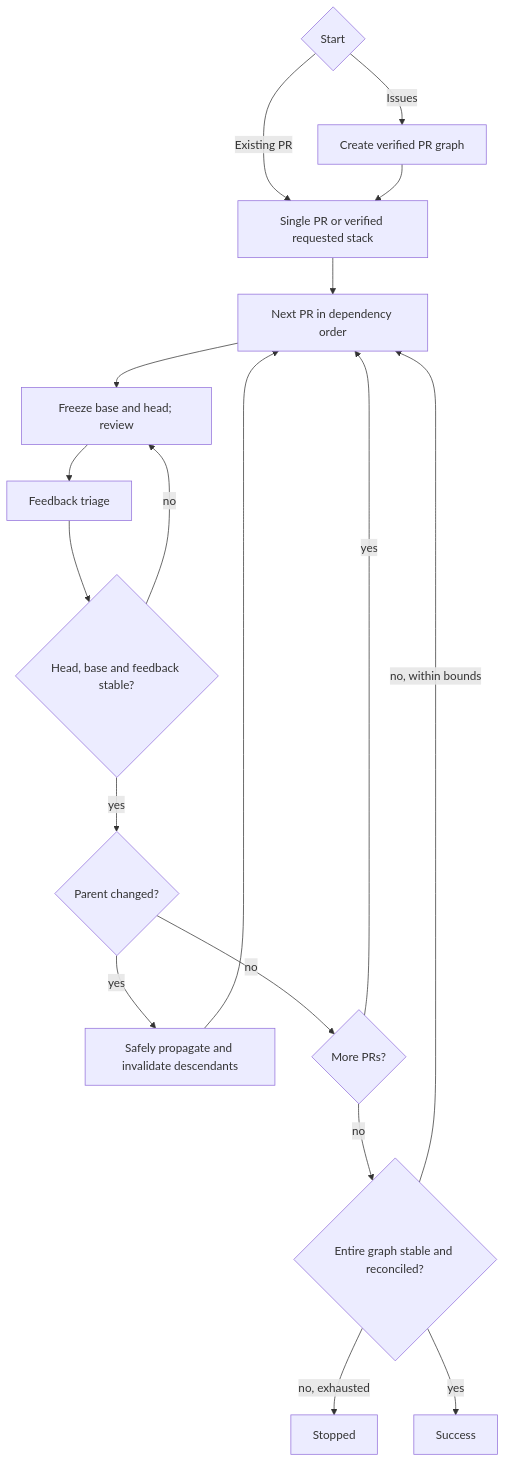
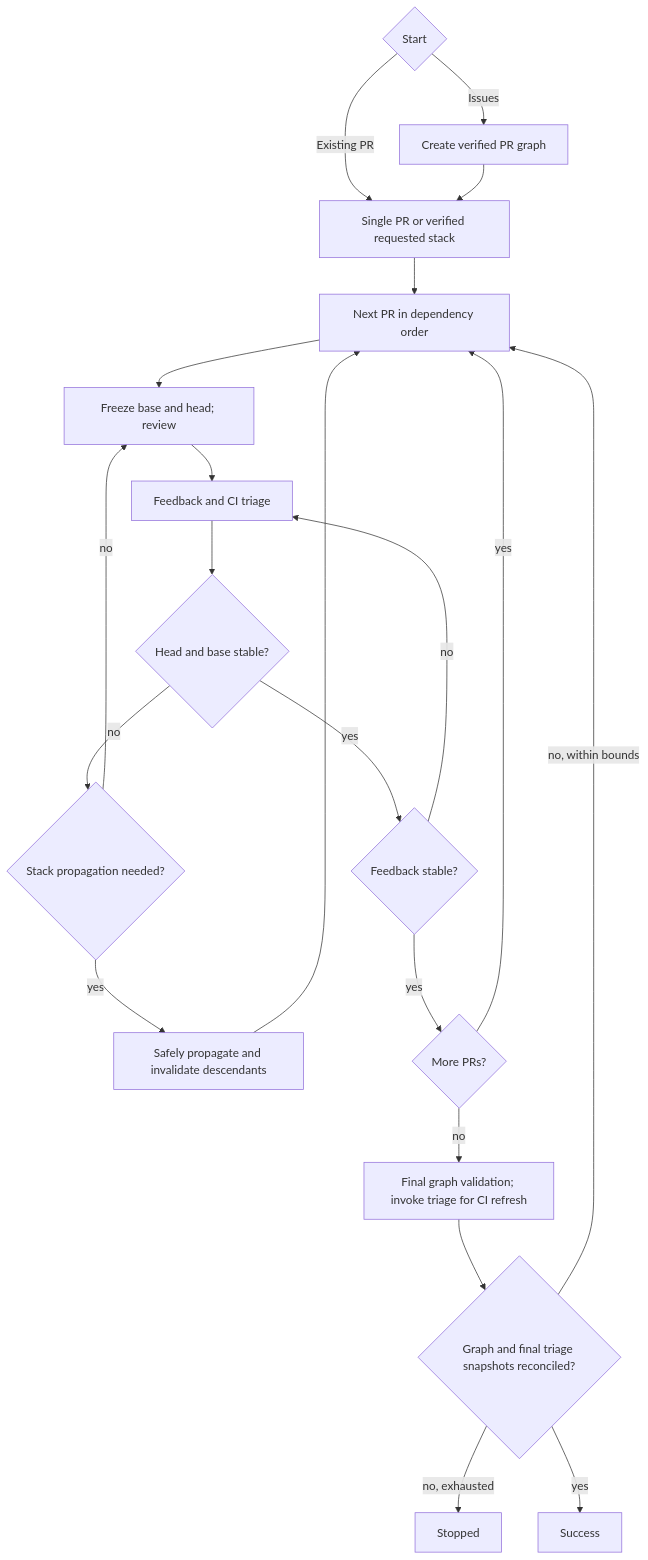
The diagram in skills/pr-loop/SKILL.md (dceoy/pr-loop), drawn with Mermaid before and after one commit. The commit also changed other lines of this file and 4 other files, not shown here.

First line of the commit message:
feat: repair failed current-head CI during PR feedback triage (#55)

````diff
--- a/skills/pr-loop/SKILL.md
+++ b/skills/pr-loop/SKILL.md
@@ -31,20 +42,23 @@
 ```mermaid
 flowchart TD
   S{Start} -->|Issues| I[Create verified PR graph]
   S -->|Existing PR| A[Single PR or verified requested stack]
   I --> A
   A --> B[Next PR in dependency order]
   B --> C[Freeze base and head; review]
-  C --> D[Feedback triage]
-  D --> E{Head, base and feedback stable?}
-  E -->|no| C
-  E -->|yes| F{Parent changed?}
+  C --> D[Feedback and CI triage]
+  D --> E{Head and base stable?}
+  E -->|no| F{Stack propagation needed?}
   F -->|yes| G[Safely propagate and invalidate descendants]
   G --> B
-  F -->|no| H{More PRs?}
+  F -->|no| C
+  E -->|yes| K{Feedback stable?}
+  K -->|no| D
+  K -->|yes| H{More PRs?}
   H -->|yes| B
-  H -->|no| J{Entire graph stable and reconciled?}
+  H -->|no| V[Final graph validation; invoke triage for CI refresh]
+  V --> J{Graph and final triage snapshots reconciled?}
   J -->|no, within bounds| B
   J -->|no, exhausted| X[Stopped]
   J -->|yes| Y[Success]
 ```
````
